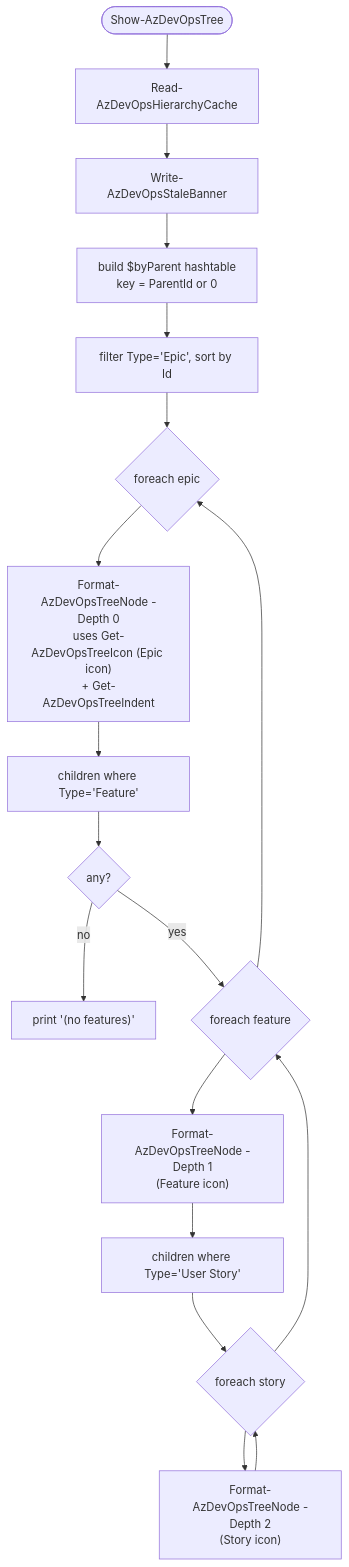
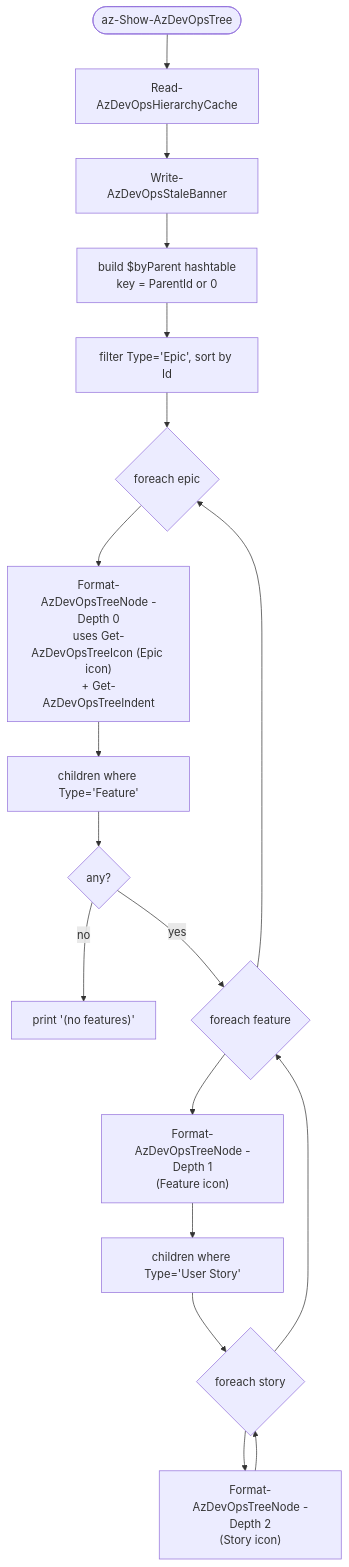
Before and after one commit to jdschleicher/bashcuts: the seventh of 10 diagrams in docs/azure-devops-diagrams.md, drawn with Mermaid. The commit also changed other lines of this file and 1 other file, not shown here.

First line of the commit message:
docs: propagate az- prefix into wrapper-layer doc-strings + diagrams

````diff
--- a/docs/azure-devops-diagrams.md
+++ b/docs/azure-devops-diagrams.md
@@ -265,20 +265,20 @@
 ```mermaid
 flowchart TD
-    Start([Show-AzDevOpsTree]) --> Read[Read-AzDevOpsHierarchyCache]
+    Start([az-Show-AzDevOpsTree]) --> Read[Read-AzDevOpsHierarchyCache]
     Read --> Banner[Write-AzDevOpsStaleBanner]
     Banner --> Index["build $byParent hashtable<br/>key = ParentId or 0"]
     Index --> Epics["filter Type='Epic', sort by Id"]
     Epics --> ForEpic{foreach epic}
     ForEpic --> NodeE["Format-AzDevOpsTreeNode -Depth 0<br/>uses Get-AzDevOpsTreeIcon (Epic icon)<br/>+ Get-AzDevOpsTreeIndent"]
     NodeE --> Features["children where Type='Feature'"]
     Features --> NoFeat{any?}
     NoFeat -- no --> Empty["print '(no features)'"]
     NoFeat -- yes --> ForFeat{foreach feature}
     ForFeat --> NodeF["Format-AzDevOpsTreeNode -Depth 1<br/>(Feature icon)"]
     NodeF --> Stories["children where Type='User Story'"]
     Stories --> ForStory{foreach story}
     ForStory --> NodeS["Format-AzDevOpsTreeNode -Depth 2<br/>(Story icon)"]
     NodeS --> ForStory
     ForStory --> ForFeat
     ForFeat --> ForEpic
 ```
````
